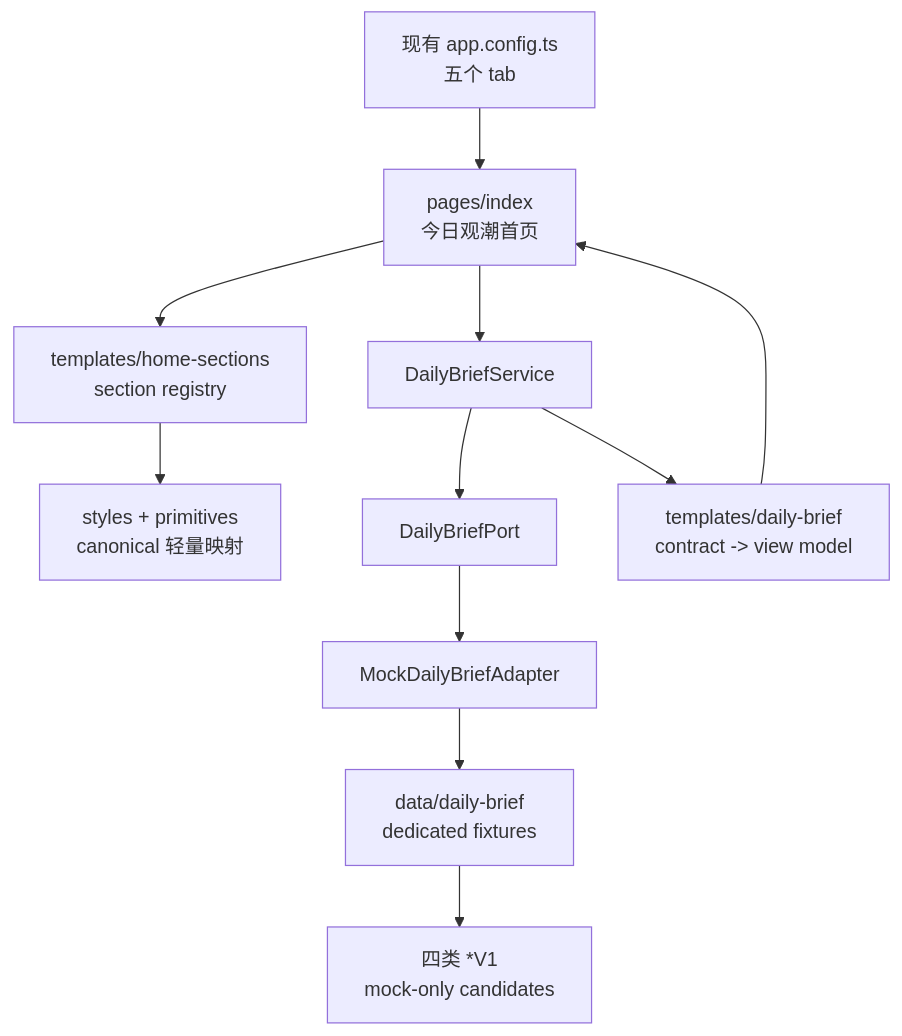
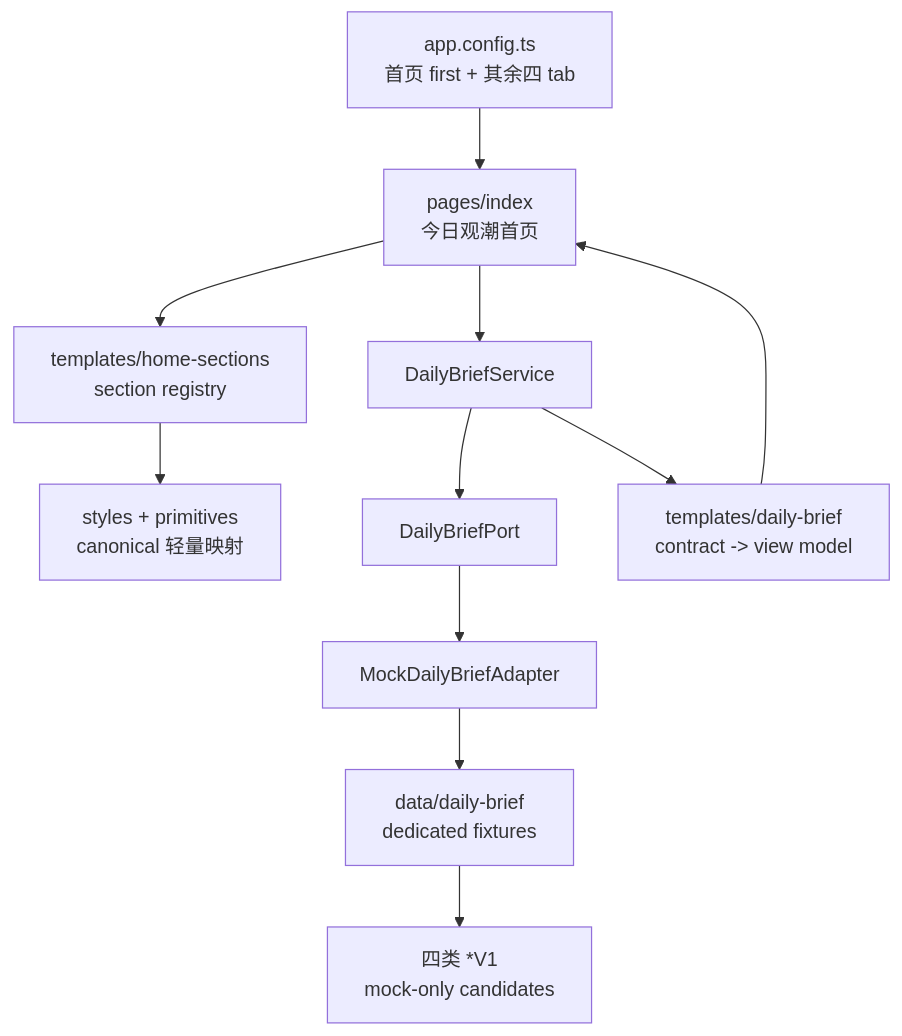
The first of 2 diagrams in openspec/changes/add-miniapp-daily-brief-home-shell/design.md (meierlink88/tidewise-ai), drawn with Mermaid before and after one commit. The commit also changed other lines of this file and 18 other files, not shown here.

````diff
--- a/openspec/changes/add-miniapp-daily-brief-home-shell/design.md
+++ b/openspec/changes/add-miniapp-daily-brief-home-shell/design.md
@@ -116,24 +116,24 @@
 ```mermaid
 flowchart TD
-    App["现有 app.config.ts<br/>五个 tab"]
+    App["app.config.ts<br/>首页 first + 其余四 tab"]
     Home["pages/index<br/>今日观潮首页"]
     Registry["templates/home-sections<br/>section registry"]
     Mapper["templates/daily-brief<br/>contract -> view model"]
     Service["DailyBriefService"]
     Port["DailyBriefPort"]
     Mock["MockDailyBriefAdapter"]
     Data["data/daily-brief<br/>dedicated fixtures"]
     Contracts["四类 *V1<br/>mock-only candidates"]
     Styles["styles + primitives<br/>canonical 轻量映射"]
 
     App --> Home
     Home --> Registry
     Registry --> Styles
     Home --> Service
     Service --> Port
     Port --> Mock
     Mock --> Data
     Data --> Contracts
     Service --> Mapper
     Mapper --> Home
 ```
````
